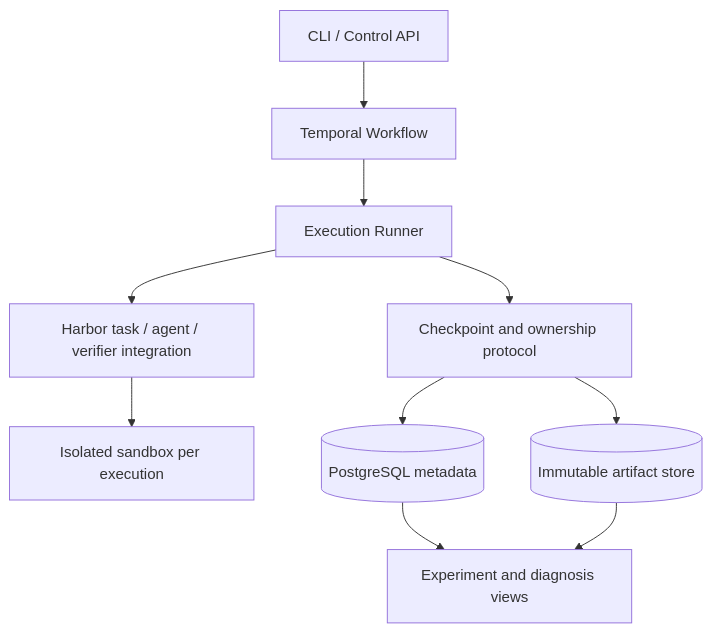
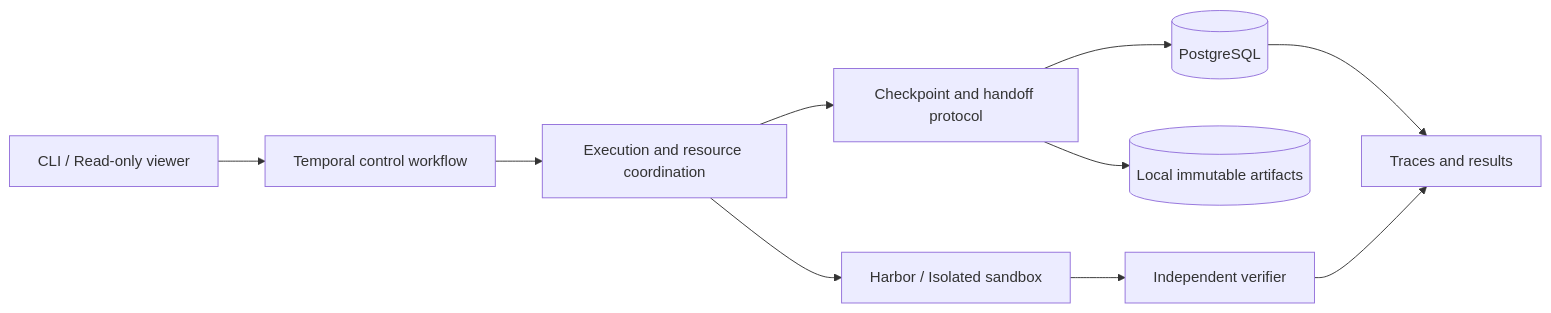
One commit to MrHappyEnding/relay-trace-verify changed the diagram in README.en.md. Above: the diagram before and after it, drawn with Mermaid. The commit also changed other lines of this file and 22 other files, not shown here.

````diff
--- a/README.en.md
+++ b/README.en.md
@@ -96,12 +65,12 @@
 ```mermaid
-flowchart TD
-    API[CLI / Control API] --> WF[Temporal Workflow]
-    WF --> RUN[Execution Runner]
-    RUN --> HB[Harbor task / agent / verifier integration]
-    HB --> BOX[Isolated sandbox per execution]
-    RUN --> CP[Checkpoint and ownership protocol]
-    CP --> DB[(PostgreSQL metadata)]
-    CP --> OBJ[(Immutable artifact store)]
-    DB --> EXP[Experiment and diagnosis views]
-    OBJ --> EXP
+flowchart LR
+    CLI[CLI / Read-only viewer] --> Control[Temporal control workflow]
+    Control --> Runner[Execution and resource coordination]
+    Runner --> Sandbox[Harbor / Isolated sandbox]
+    Runner --> Checkpoint[Checkpoint and handoff protocol]
+    Checkpoint --> State[(PostgreSQL)]
+    Checkpoint --> Files[(Local immutable artifacts)]
+    Sandbox --> Verifier[Independent verifier]
+    State --> Report[Traces and results]
+    Verifier --> Report
 ```
````
